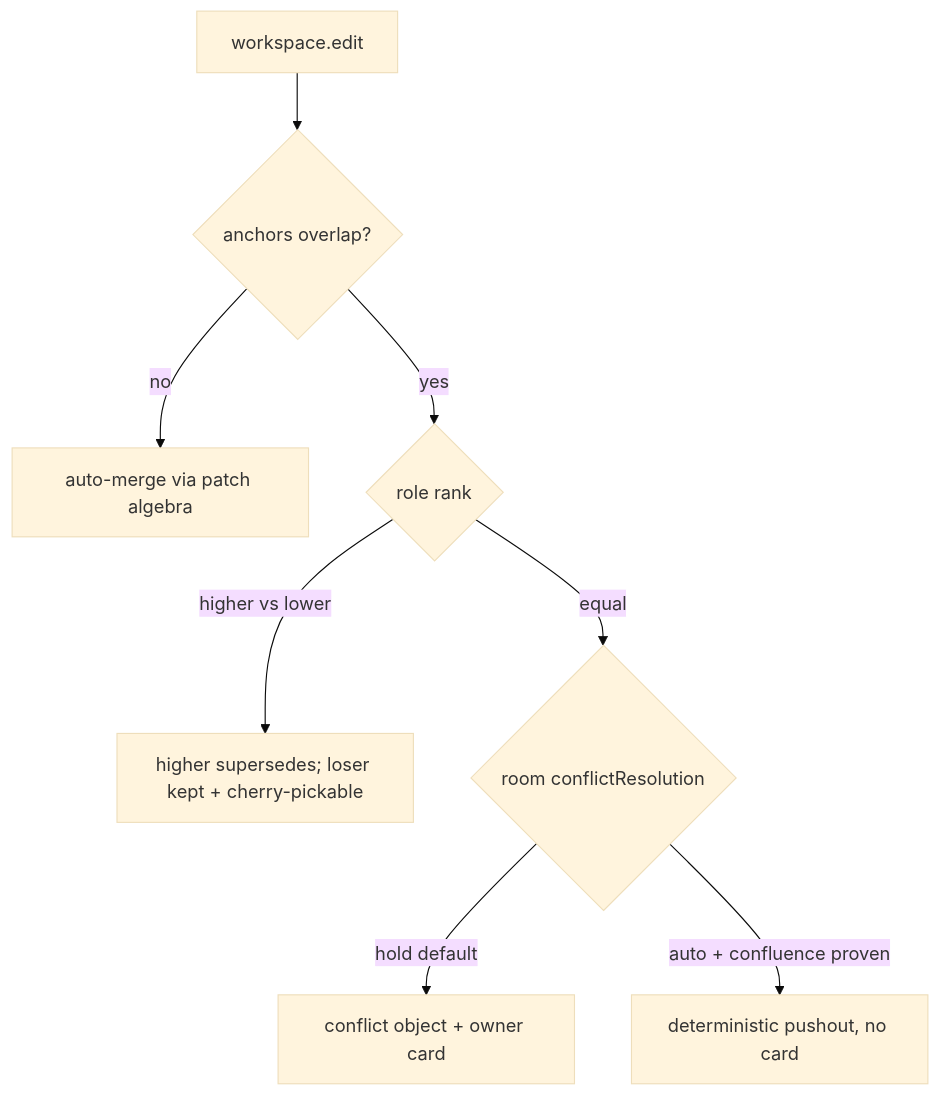
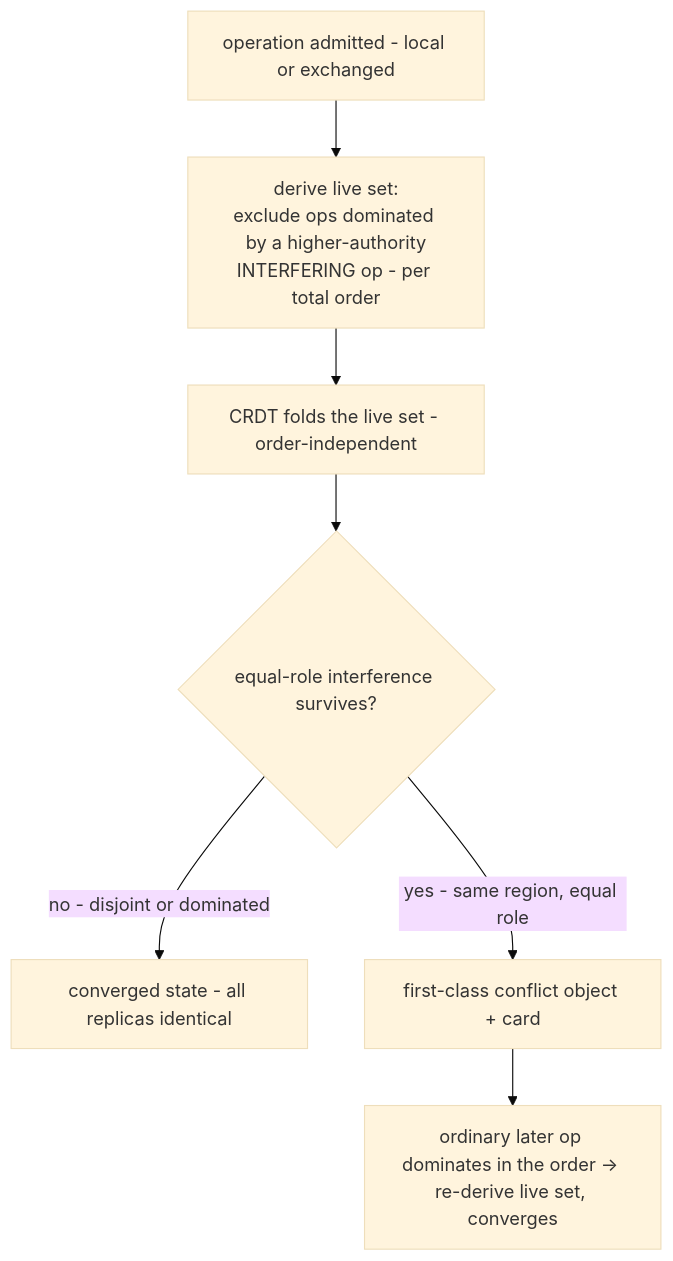
Before and after one commit to ryanyen2/knock-knock: the diagram in docs/brainstorms/2026-06-09-anchored-patch-category-conflict-layer-requirements.md, drawn with Mermaid (base theme). The commit also changed other lines of this file and 7 other files, not shown here.

First line of the commit message:
docs: AOCM requirements + plan, local-first ideation

````diff
--- a/docs/brainstorms/2026-06-09-anchored-patch-category-conflict-layer-requirements.md
+++ b/docs/brainstorms/2026-06-09-anchored-patch-category-conflict-layer-requirements.md
@@ -70,10 +63,9 @@
 ```mermaid
 flowchart TB
-  E[workspace.edit] --> O{anchors overlap?}
-  O -->|no| M[auto-merge via patch algebra]
-  O -->|yes| R{role rank}
-  R -->|higher vs lower| S[higher supersedes; loser kept + cherry-pickable]
-  R -->|equal| P{room conflictResolution}
-  P -->|hold default| C[conflict object + owner card]
-  P -->|auto + confluence proven| D[deterministic pushout, no card]
+  E[operation admitted - local or exchanged] --> LIVE[derive live set:<br/>exclude ops dominated by a higher-authority<br/>INTERFERING op - per total order]
+  LIVE --> FOLD[CRDT folds the live set - order-independent]
+  FOLD --> I{equal-role interference survives?}
+  I -->|no - disjoint or dominated| DONE[converged state - all replicas identical]
+  I -->|yes - same region, equal role| CARD[first-class conflict object + card]
+  CARD --> RES[ordinary later op dominates in the order -> re-derive live set, converges]
 ```
````
